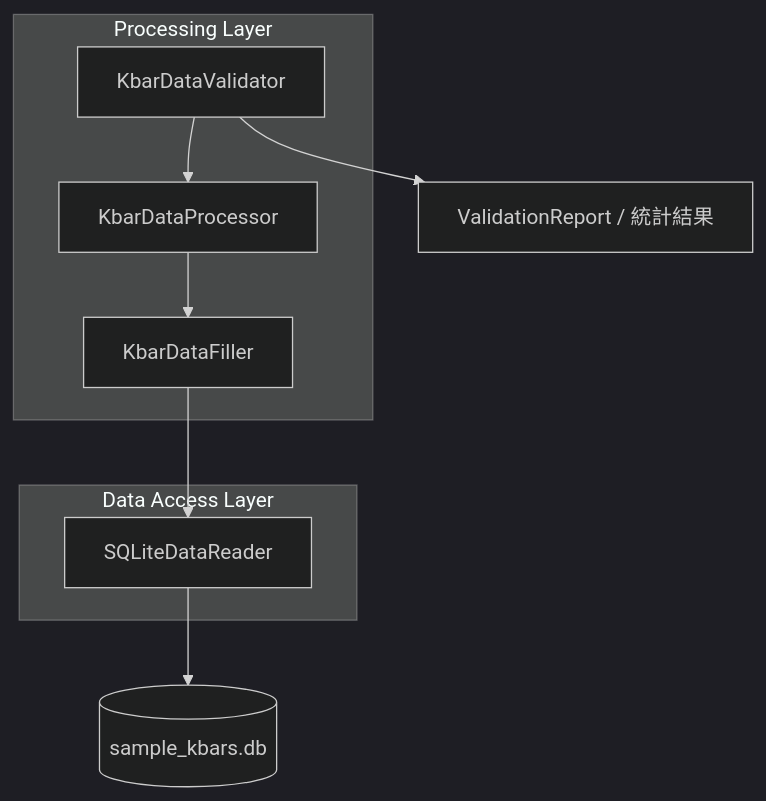
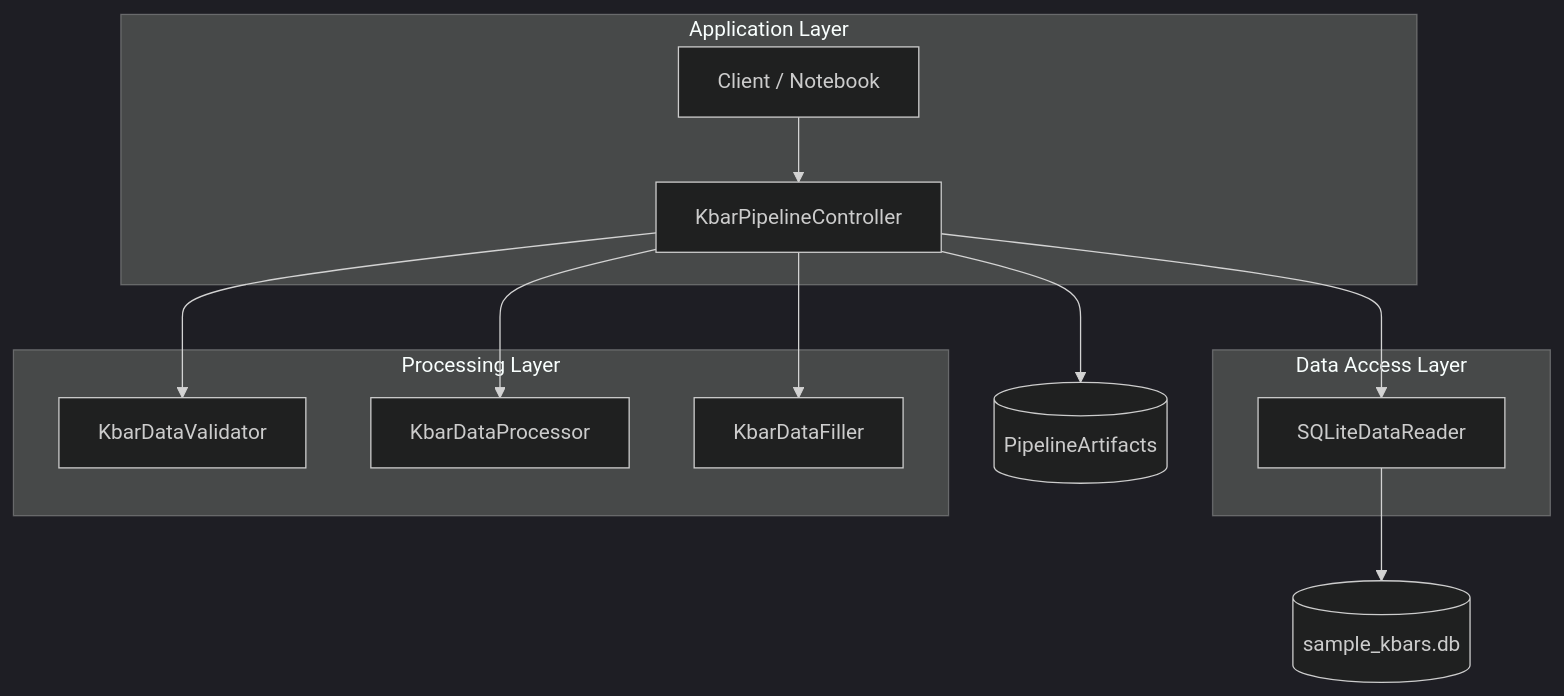
Before and after one commit to wu02067602/back_test_to_stock: the diagram in 元件圖.md, drawn with Mermaid (dark theme). The commit also changed 3 other files, not shown here.

Commit message:
feat: Add KbarPipelineController to orchestrate data processing

````diff
--- a/元件圖.md
+++ b/元件圖.md
@@ -3,21 +3,30 @@
 ```mermaid
 graph TD
+    subgraph Application Layer
+        client[Client / Notebook]
+        controller[KbarPipelineController]
+    end
+
     subgraph Data Access Layer
         reader[SQLiteDataReader]
     end
 
     subgraph Processing Layer
+        validator[KbarDataValidator]
+        processor[KbarDataProcessor]
         filler[KbarDataFiller]
-        processor[KbarDataProcessor]
-        validator[KbarDataValidator]
     end
 
+    artifacts[(PipelineArtifacts)]
     db[(sample_kbars.db)]
-    report[ValidationReport / 統計結果]
 
+    client --> controller
+    controller --> reader
     reader --> db
-    filler --> reader
-    processor --> filler
-    validator --> processor
-    validator --> report
+
+    controller --> validator
+    controller --> processor
+    controller --> filler
+
+    controller --> artifacts
 ```
````
